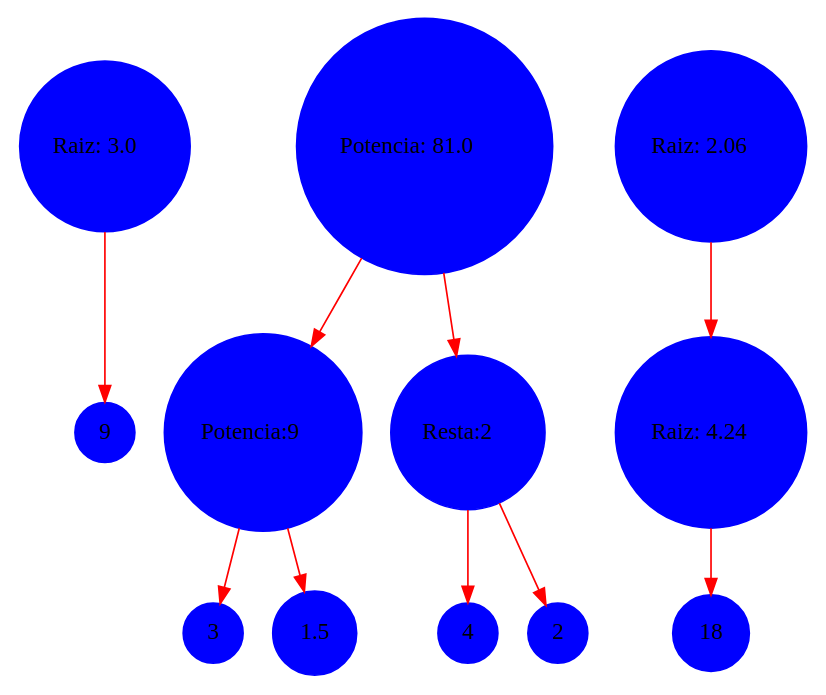
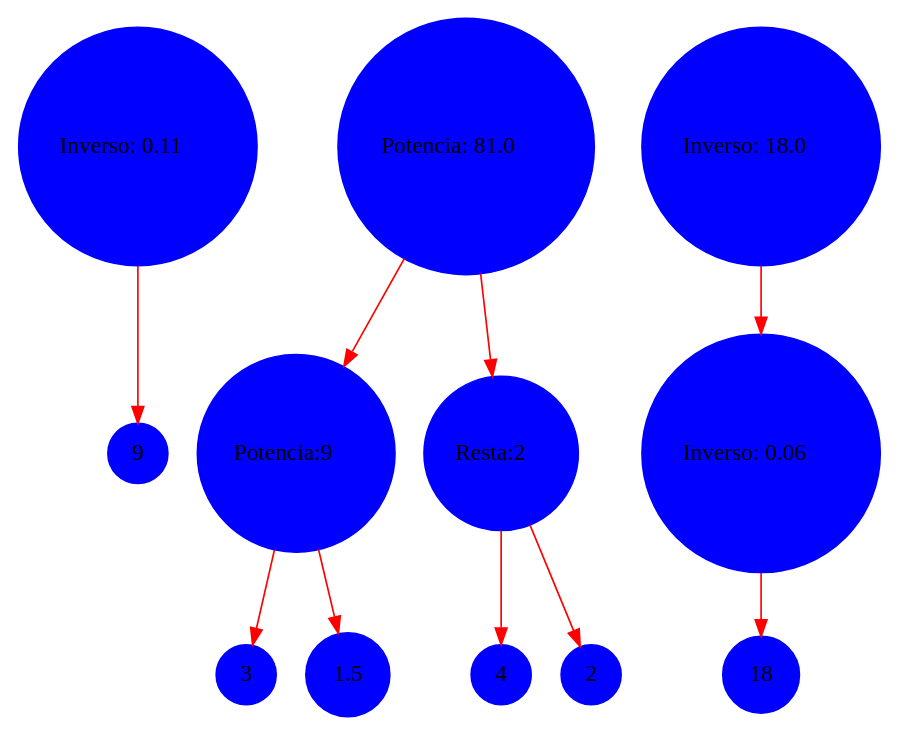
One commit to Jhonsagui81/-LFP-royecto1_202106003 changed the diagram in Documentacion/grafo.dot. Above: the diagram before and after it, drawn with Graphviz. The commit also changed 3 other files, not shown here.

```diff
--- a/Documentacion/grafo.dot
+++ b/Documentacion/grafo.dot
@@ -1,24 +1,24 @@
 digraph {
 	rankdir=TB
 	9 [shape=circle style=filled color = blue]
- 	raiz1 -> 9 [shape=record color=red]
-	raiz1 [shape=circle style=filled color = blue, label=<Raiz: 3.0>]
+ 	inverso1 -> 9 [shape=record color=red]
+	inverso1 [shape=circle style=filled color = blue, label=<Inverso: 0.11>]
  	3 [shape=circle style=filled color = blue]
  	Potencia102 -> 3 [shape=record color=red]
 	1.5 [shape=circle style=filled color = blue]
  	Potencia102 -> 1.5 [shape=record color=red]
 	Potencia102 [shape=circle style=filled color = blue, label=<Potencia:9>]
  	potencia2 -> Potencia102 [shape=record color=red]
 	4 [shape=circle style=filled color = blue]
  	Resta102 -> 4 [shape=record color=red]
 	2 [shape=circle style=filled color = blue]
  	Resta102 -> 2 [shape=record color=red]
 	Resta102 [shape=circle style=filled color = blue, label=<Resta:2>]
  	potencia2 -> Resta102 [shape=record color=red]
 	potencia2 [shape=circle style=filled color = blue, label=<Potencia: 81.0>]
  	18 [shape=circle style=filled color = blue]
- 	Raiz103 -> 18 [shape=record color=red]
-	Raiz103 [shape=circle style=filled color = blue, label=<Raiz: 4.24>]
- 	raiz3 -> Raiz103 [shape=record color=red]
-	raiz3 [shape=circle style=filled color = blue, label=<Raiz: 2.06>]
+ 	Inverso103 -> 18 [shape=record color=red]
+	Inverso103 [shape=circle style=filled color = blue, label=<Inverso: 0.06>]
+ 	inverso3 -> Inverso103 [shape=record color=red]
+	inverso3 [shape=circle style=filled color = blue, label=<Inverso: 18.0>]
  }
```
